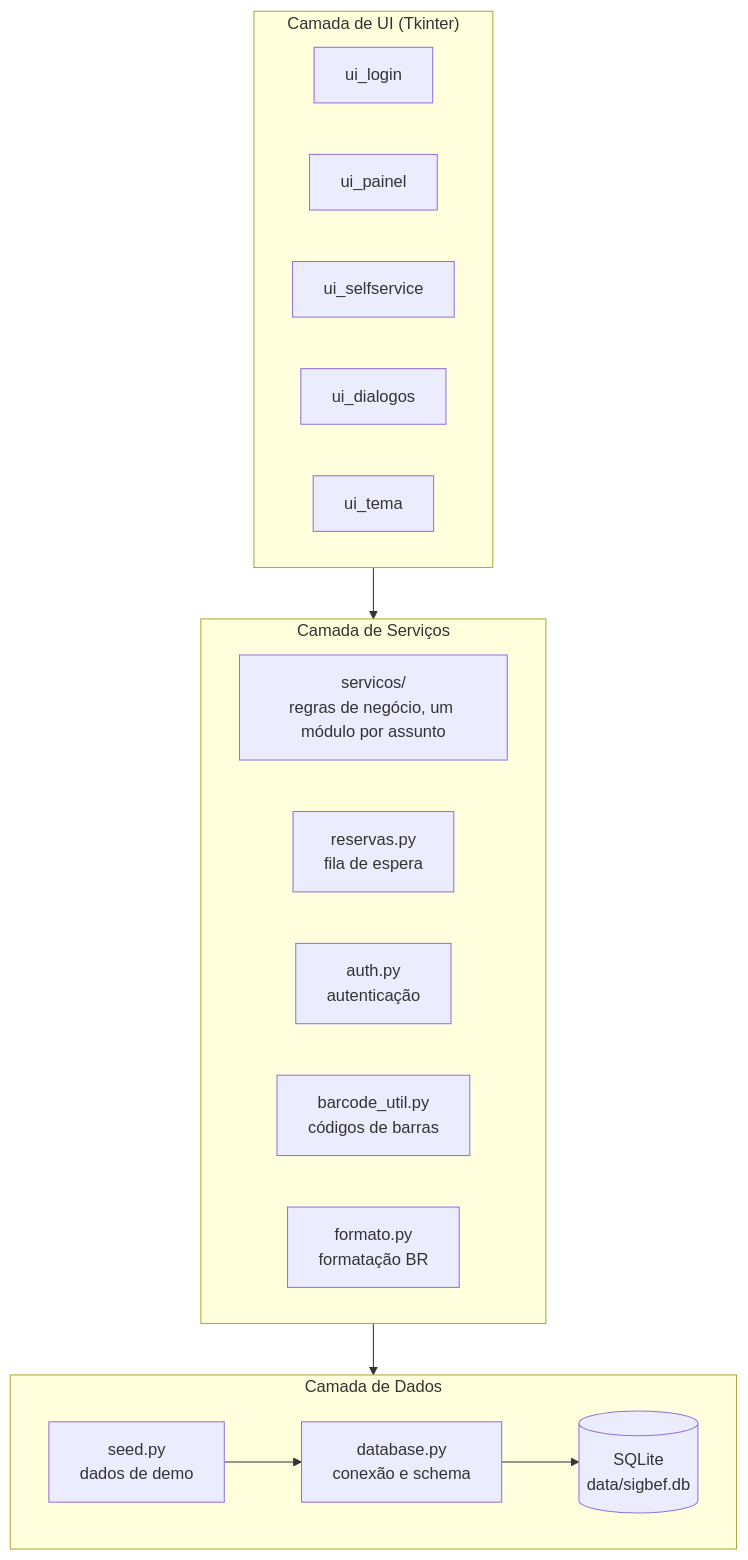
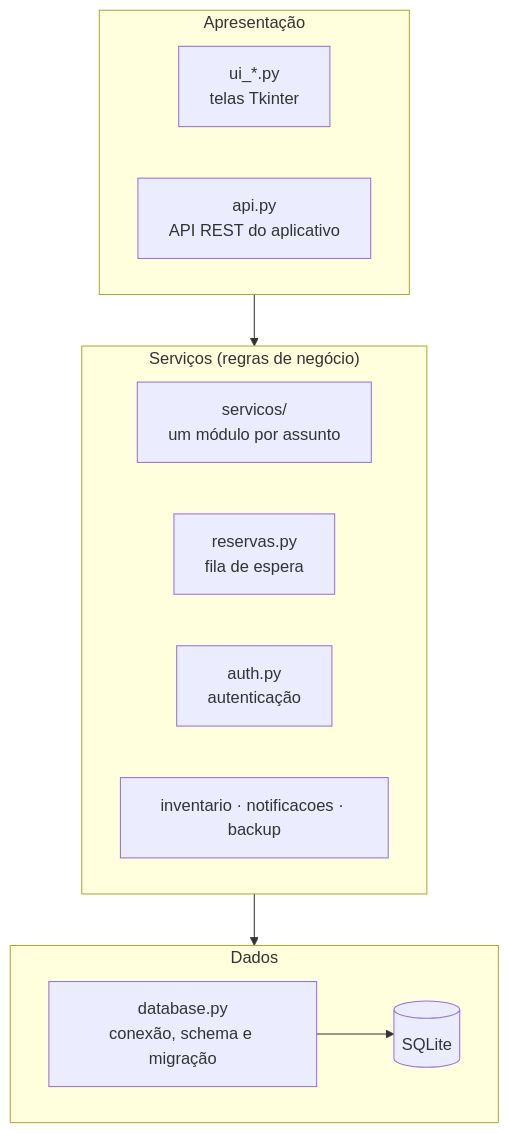
One commit to marcelin1555/SIGBEF changed the first of 3 diagrams in README.md. Above: the diagram before and after it, drawn with Mermaid. The commit also changed other lines of this file, not shown here.

First line of the commit message:
docs(readme): reorganiza por público e atualiza a arquitetura

````diff
--- a/README.md
+++ b/README.md
@@ -387,29 +348,23 @@
 ```mermaid
 flowchart TB
-    subgraph UI["Camada de UI (Tkinter)"]
-        login[ui_login]
-        painel[ui_painel]
-        kiosk[ui_selfservice]
-        dialogos[ui_dialogos]
-        tema[ui_tema]
+    subgraph UI["Apresentação"]
+        telas[ui_*.py<br/>telas Tkinter]
+        api[api.py<br/>API REST do aplicativo]
     end
 
-    subgraph SVC["Camada de Serviços"]
-        servicos[servicos/<br/>regras de negócio, um módulo por assunto]
+    subgraph SVC["Serviços (regras de negócio)"]
+        servicos[servicos/<br/>um módulo por assunto]
         reservas[reservas.py<br/>fila de espera]
         auth[auth.py<br/>autenticação]
-        barcode[barcode_util.py<br/>códigos de barras]
-        formato[formato.py<br/>formatação BR]
+        outros[inventario · notificacoes · backup]
     end
 
-    subgraph DATA["Camada de Dados"]
-        database[database.py<br/>conexão e schema]
-        seed[seed.py<br/>dados de demo]
-        sqlite[(SQLite<br/>data/sigbef.db)]
+    subgraph DATA["Dados"]
+        database[database.py<br/>conexão, schema e migração]
+        sqlite[(SQLite)]
     end
 
     UI --> SVC
     SVC --> DATA
     database --> sqlite
-    seed --> database
 ```
````
